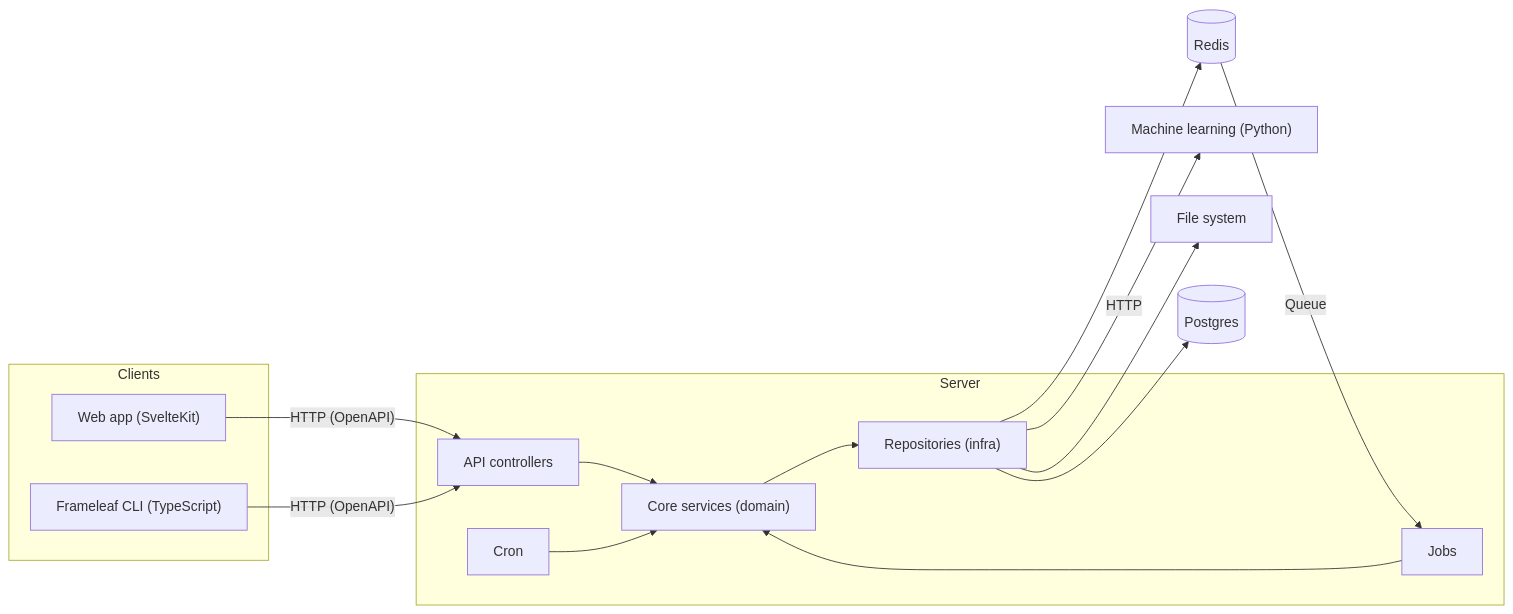
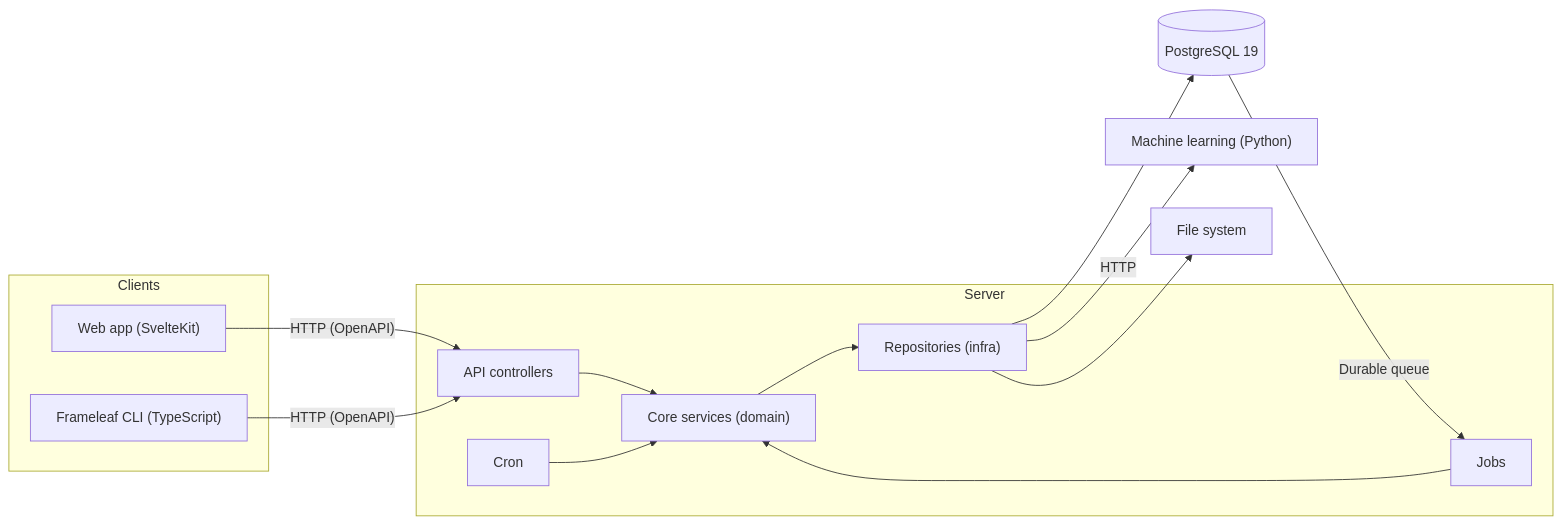
Before and after one commit to Frameleaf/frameleaf-app: the diagram in docs/docs/developer/architecture.mdx, drawn with Mermaid. The commit also changed other lines of this file and 110 other files, not shown here.

````diff
--- a/docs/docs/developer/architecture.mdx
+++ b/docs/docs/developer/architecture.mdx
@@ -11,25 +11,24 @@
 ```mermaid
 graph LR
     subgraph Clients
         W["Web app (SvelteKit)"]
         C["Frameleaf CLI (TypeScript)"]
     end
     subgraph Server
         API[API controllers]
         CORE["Core services (domain)"]
         REPO["Repositories (infra)"]
         CRON[Cron]
         JOBS[Jobs]
     end
     W -- "HTTP (OpenAPI)" --> API
     C -- "HTTP (OpenAPI)" --> API
     API --> CORE
     CRON --> CORE
     JOBS --> CORE
     CORE --> REPO
     REPO -- HTTP --> ML["Machine learning (Python)"]
     REPO --> FS[File system]
-    REPO --> PG[(Postgres)]
-    REPO --> RD[(Redis)]
-    RD -- Queue --> JOBS
+    REPO --> PG[(PostgreSQL 19)]
+    PG -- Durable queue --> JOBS
 ```
````
